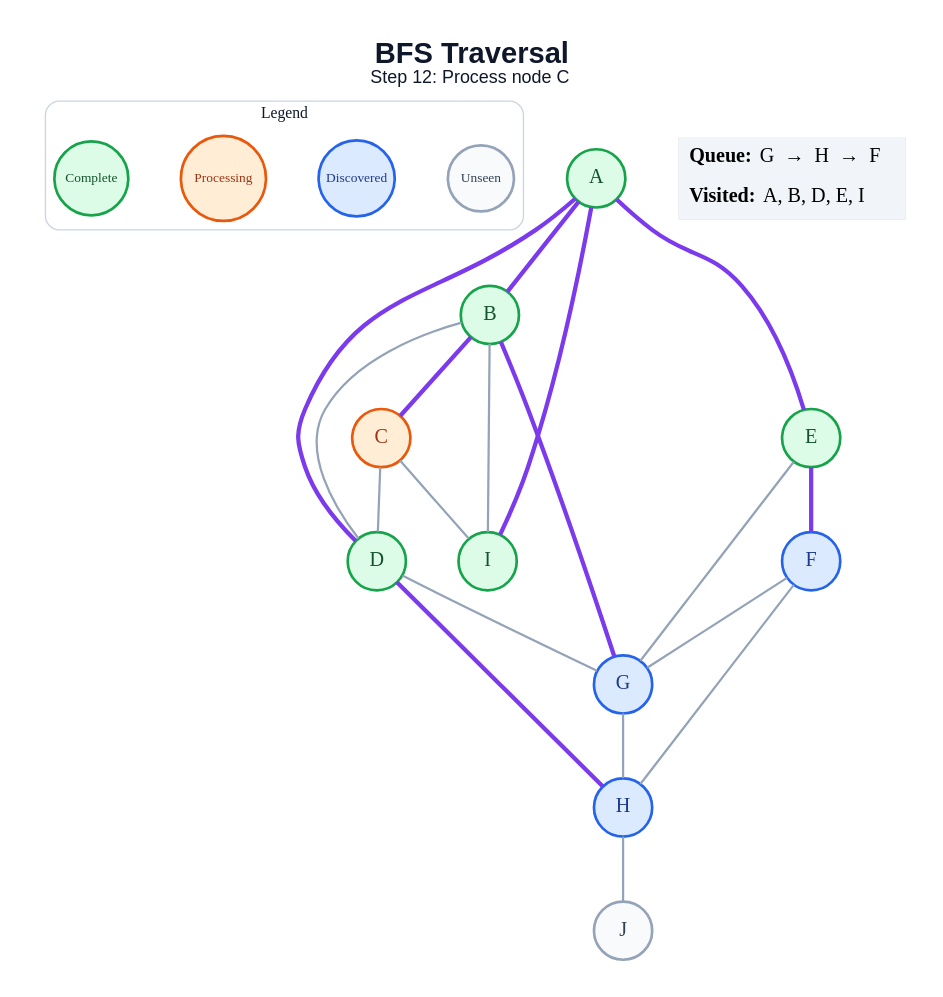
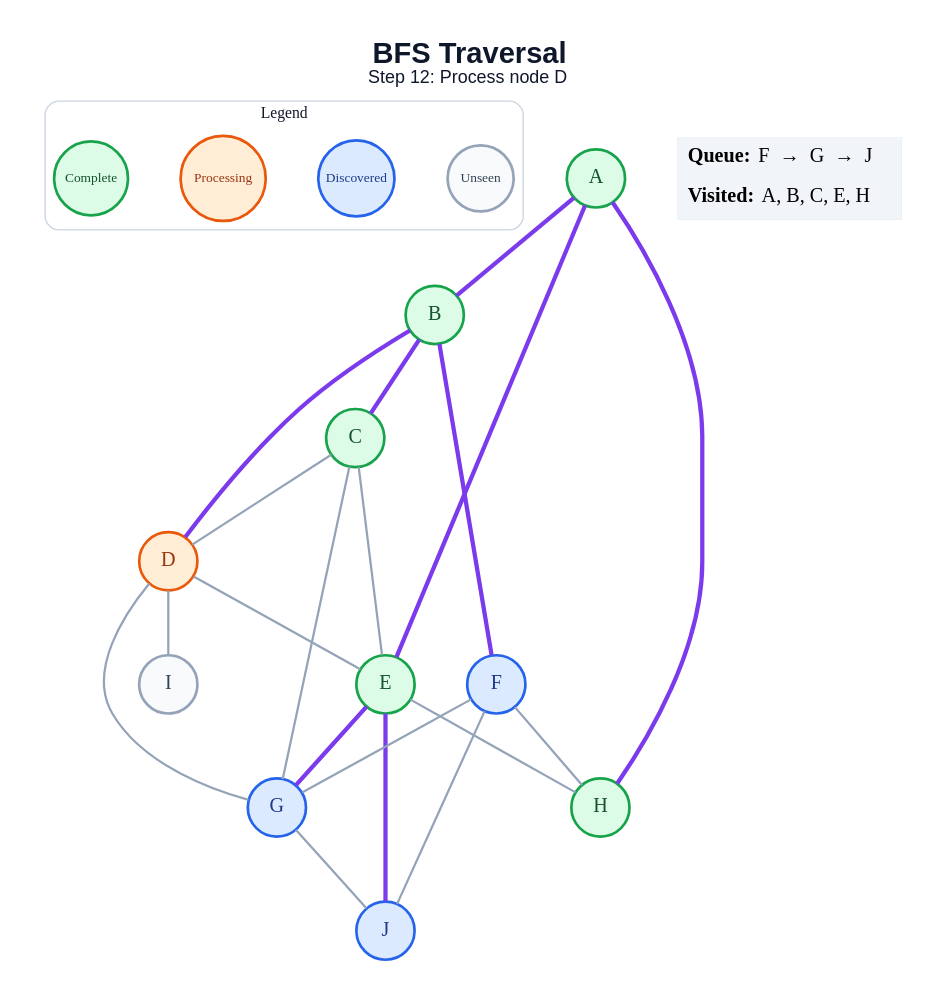
One commit to amanghodawala9/ai-slop changed the diagram in generated/bfs/step_12.dot. Above: the diagram before and after it, drawn with Graphviz. The commit also changed 178 other files, not shown here.

```diff
--- a/generated/bfs/step_12.dot
+++ b/generated/bfs/step_12.dot
@@ -1,47 +1,48 @@
 graph traversal {
   graph [layout=dot, rankdir=TB, bgcolor="#FFFFFF", pad="0.35", nodesep="0.65", ranksep="0.8", fontname="Arial"];
   node [shape=circle, style="filled", fontname="Arial Bold", fontsize=18, width=0.72, fixedsize=true, penwidth=2.4];
   edge [color="#94A3B8", penwidth=2.0];
-  label=<<B>BFS Traversal</B><BR/><FONT POINT-SIZE="16">Step 12: Process node C</FONT>>; labelloc="t"; fontsize=26; fontname="Arial"; fontcolor="#0F172A";
+  label=<<B>BFS Traversal</B><BR/><FONT POINT-SIZE="16">Step 12: Process node D</FONT>>; labelloc="t"; fontsize=26; fontname="Arial"; fontcolor="#0F172A";
   subgraph cluster_legend { label="Legend"; color="#CBD5E1"; penwidth=1.2; style="rounded"; fontsize=14; fontname="Arial Bold";
     key_unseen [label="Unseen", fillcolor="#F8FAFC", color="#94A3B8", fontcolor="#334155", fontsize=12, width=0.82];
     key_frontier [label="Discovered", fillcolor="#DBEAFE", color="#2563EB", fontcolor="#1E3A8A", fontsize=12, width=0.95];
     key_current [label="Processing", fillcolor="#FFEDD5", color="#EA580C", fontcolor="#9A3412", fontsize=12, width=1.05];
     key_done [label="Complete", fillcolor="#DCFCE7", color="#16A34A", fontcolor="#14532D", fontsize=12, width=0.92];
     { rank=same; key_unseen; key_frontier; key_current; key_done; }
   }
   A [fillcolor="#DCFCE7", color="#16A34A", fontcolor="#14532D"];
   B [fillcolor="#DCFCE7", color="#16A34A", fontcolor="#14532D"];
-  C [fillcolor="#FFEDD5", color="#EA580C", fontcolor="#9A3412"];
-  D [fillcolor="#DCFCE7", color="#16A34A", fontcolor="#14532D"];
+  C [fillcolor="#DCFCE7", color="#16A34A", fontcolor="#14532D"];
+  D [fillcolor="#FFEDD5", color="#EA580C", fontcolor="#9A3412"];
   E [fillcolor="#DCFCE7", color="#16A34A", fontcolor="#14532D"];
   F [fillcolor="#DBEAFE", color="#2563EB", fontcolor="#1E3A8A"];
   G [fillcolor="#DBEAFE", color="#2563EB", fontcolor="#1E3A8A"];
-  H [fillcolor="#DBEAFE", color="#2563EB", fontcolor="#1E3A8A"];
-  I [fillcolor="#DCFCE7", color="#16A34A", fontcolor="#14532D"];
-  J [fillcolor="#F8FAFC", color="#94A3B8", fontcolor="#334155"];
+  H [fillcolor="#DCFCE7", color="#16A34A", fontcolor="#14532D"];
+  I [fillcolor="#F8FAFC", color="#94A3B8", fontcolor="#334155"];
+  J [fillcolor="#DBEAFE", color="#2563EB", fontcolor="#1E3A8A"];
   A -- B [color="#7C3AED", penwidth=3.8];
-  A -- D [color="#7C3AED", penwidth=3.8];
   A -- E [color="#7C3AED", penwidth=3.8];
-  A -- I [color="#7C3AED", penwidth=3.8];
+  A -- H [color="#7C3AED", penwidth=3.8];
   B -- C [color="#7C3AED", penwidth=3.8];
-  B -- D;
-  B -- G [color="#7C3AED", penwidth=3.8];
-  B -- I;
+  B -- D [color="#7C3AED", penwidth=3.8];
+  B -- F [color="#7C3AED", penwidth=3.8];
   C -- D;
-  C -- I;
+  C -- E;
+  C -- G;
+  D -- E;
   D -- G;
-  D -- H [color="#7C3AED", penwidth=3.8];
-  E -- F [color="#7C3AED", penwidth=3.8];
-  E -- G;
+  D -- I;
+  E -- G [color="#7C3AED", penwidth=3.8];
+  E -- H;
+  E -- J [color="#7C3AED", penwidth=3.8];
   F -- G;
   F -- H;
-  G -- H;
-  H -- J;
+  F -- J;
+  G -- J;
   status [shape=plain, fixedsize=false, width=0, height=0, margin=0, label=<
     <TABLE BORDER="0" CELLBORDER="0" CELLPADDING="7" BGCOLOR="#F1F5F9">
-      <TR><TD ALIGN="LEFT"><B>Queue:</B> G  →  H  →  F</TD></TR>
-      <TR><TD ALIGN="LEFT"><B>Visited:</B> A, B, D, E, I</TD></TR>
+      <TR><TD ALIGN="LEFT"><B>Queue:</B> F  →  G  →  J</TD></TR>
+      <TR><TD ALIGN="LEFT"><B>Visited:</B> A, B, C, E, H</TD></TR>
     </TABLE>
   >];
 }
```
